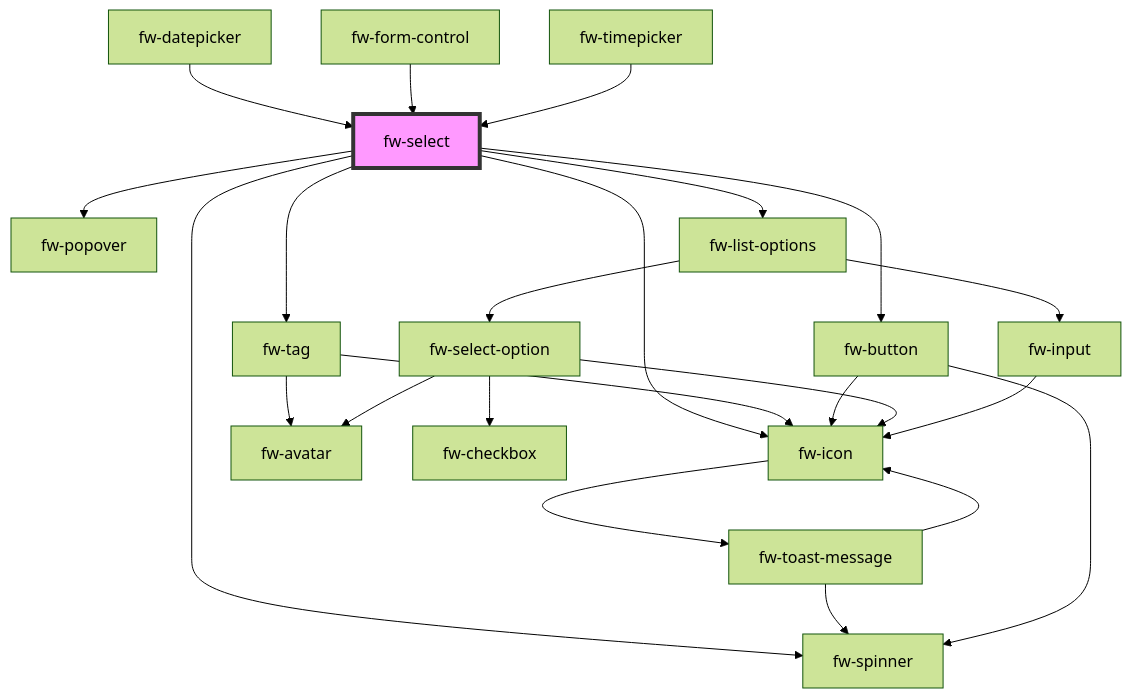
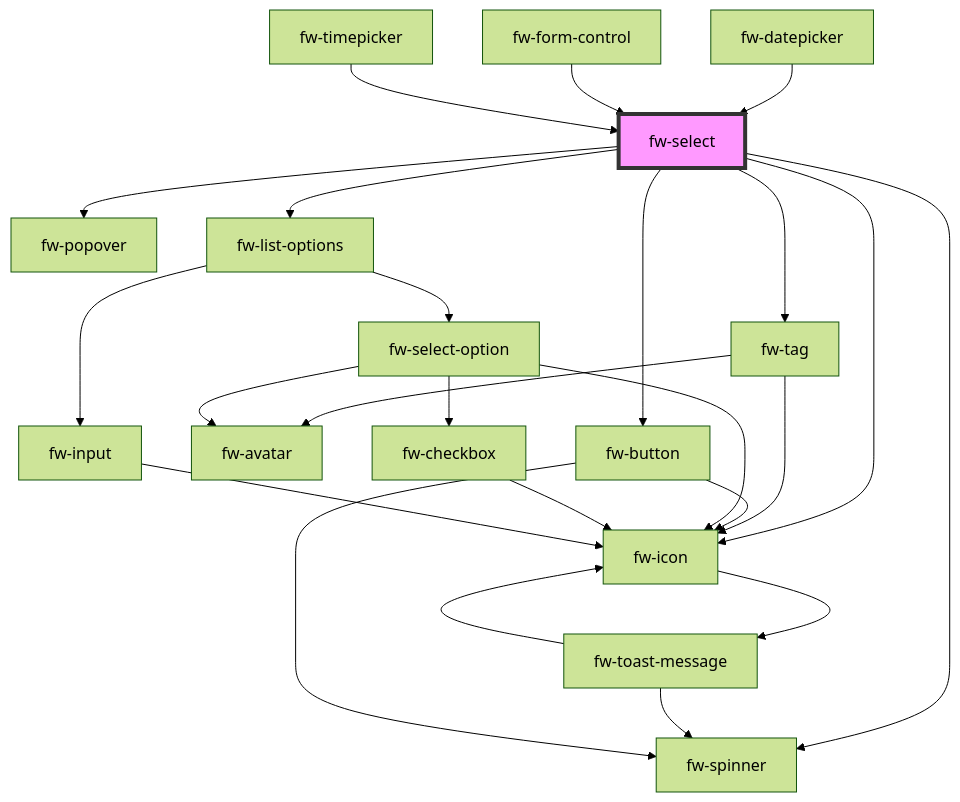
Before and after one commit to freshworks/crayons: the diagram in packages/crayons-core/src/components/select/readme.md, drawn with Mermaid (forest theme). The commit also changed 10 other files, not shown here.

Commit message:
docs(checkbox): update readme to update dependency graphs

````diff
--- a/packages/crayons-core/src/components/select/readme.md
+++ b/packages/crayons-core/src/components/select/readme.md
@@ -1012,26 +1012,27 @@
 ```mermaid
 graph TD;
   fw-select --> fw-tag
   fw-select --> fw-popover
   fw-select --> fw-button
   fw-select --> fw-spinner
   fw-select --> fw-icon
   fw-select --> fw-list-options
   fw-tag --> fw-avatar
   fw-tag --> fw-icon
   fw-icon --> fw-toast-message
   fw-toast-message --> fw-spinner
   fw-toast-message --> fw-icon
   fw-button --> fw-spinner
   fw-button --> fw-icon
   fw-list-options --> fw-select-option
   fw-list-options --> fw-input
   fw-select-option --> fw-icon
   fw-select-option --> fw-checkbox
   fw-select-option --> fw-avatar
+  fw-checkbox --> fw-icon
   fw-input --> fw-icon
   fw-datepicker --> fw-select
   fw-form-control --> fw-select
   fw-timepicker --> fw-select
   style fw-select fill:#f9f,stroke:#333,stroke-width:4px
 ```
````
